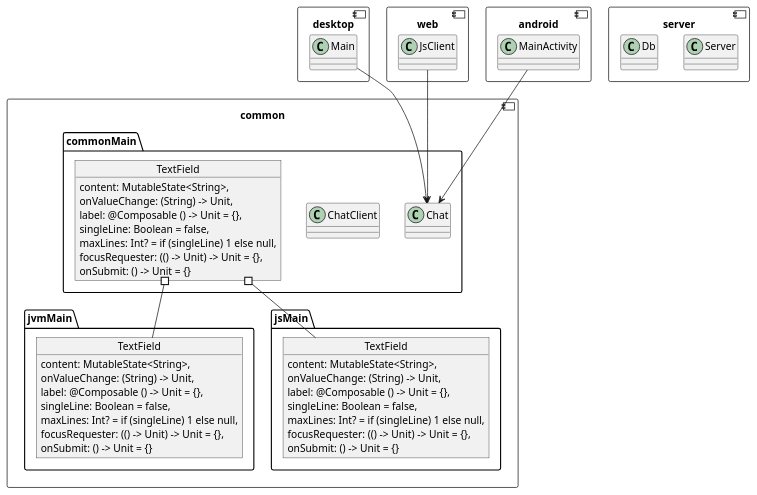
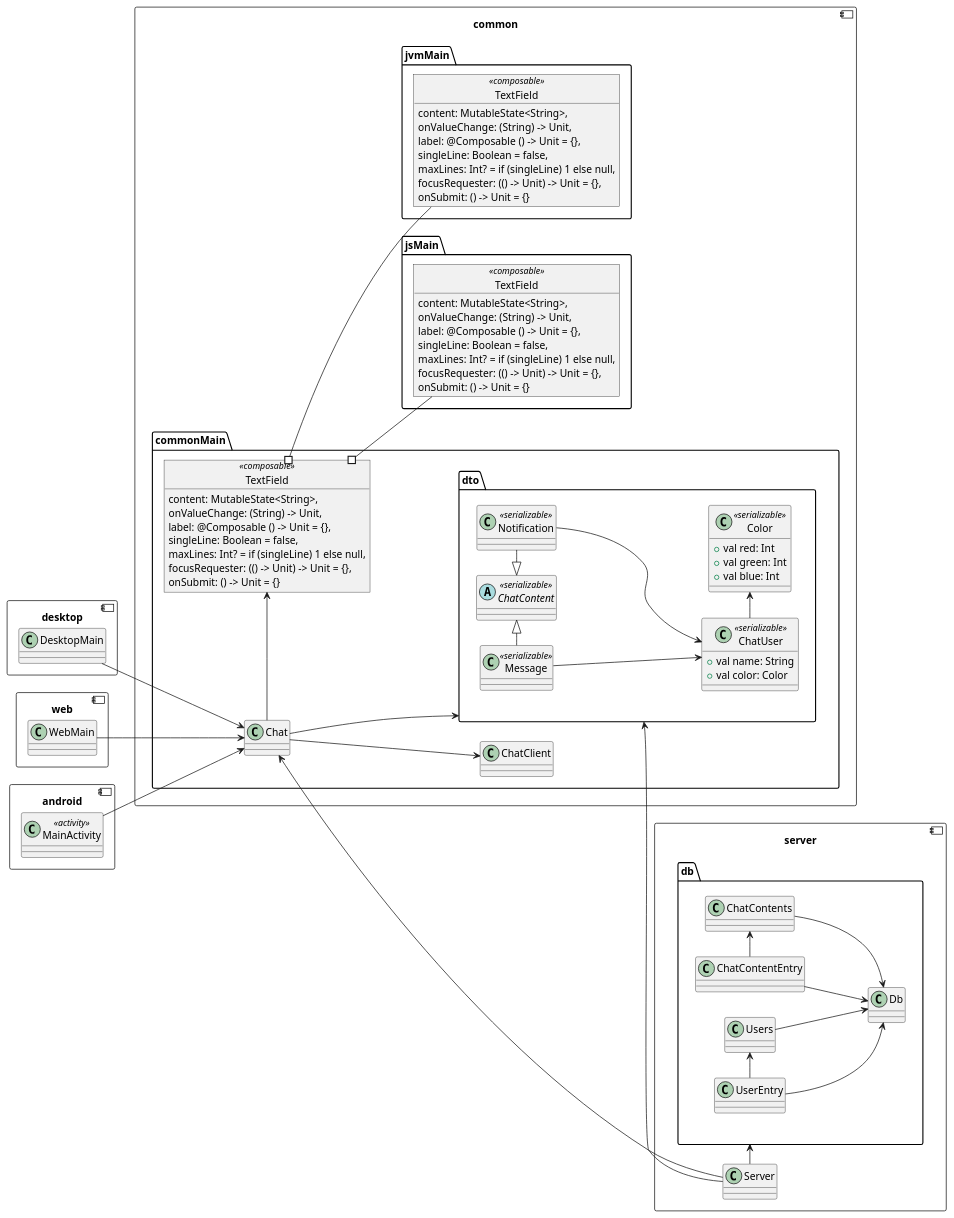
The diagram in doc/puml/Classes.puml (SaschaZ/KotlinMpChatDemo), drawn with PlantUML before and after one commit. The commit also changed 2 other files, not shown here.

```diff
--- a/doc/puml/Classes.puml
+++ b/doc/puml/Classes.puml
@@ -1,74 +1,115 @@
 @startuml
-'https://plantuml.com/class-diagram
+'https://plantuml.com/class-diagram 
+
+left to right direction
 
 component common {
 
+together {
     package jvmMain {
-        object "TextField" as JvmTextField {
+        object "TextField" as JvmTextField <<composable>> {
             content: MutableState<String>,
             onValueChange: (String) -> Unit,
             label: @Composable () -> Unit = {},
             singleLine: Boolean = false,
             maxLines: Int? = if (singleLine) 1 else null,
             focusRequester: (() -> Unit) -> Unit = {},
             onSubmit: () -> Unit = {}
         }
     }
     package jsMain {
-        object "TextField" as JsTextField {
+        object "TextField" as JsTextField <<composable>> {
             content: MutableState<String>,
             onValueChange: (String) -> Unit,
             label: @Composable () -> Unit = {},
             singleLine: Boolean = false,
             maxLines: Int? = if (singleLine) 1 else null,
             focusRequester: (() -> Unit) -> Unit = {},
             onSubmit: () -> Unit = {}
         }
     }
-
+}
     package commonMain {
 
         class Chat {
 
         }
 
         class ChatClient {
 
         }
 
-        object "TextField" as CommonTextField {
+        Chat --> ChatClient
+
+        object "TextField" as CommonTextField <<composable>> {
             content: MutableState<String>,
             onValueChange: (String) -> Unit,
             label: @Composable () -> Unit = {},
             singleLine: Boolean = false,
             maxLines: Int? = if (singleLine) 1 else null,
             focusRequester: (() -> Unit) -> Unit = {},
             onSubmit: () -> Unit = {}
         }
+
+        package dto {
+            abstract class ChatContent <<serializable>>
+            class Message <<serializable>>
+            class Notification <<serializable>>
+            Message -|> ChatContent
+            ChatContent <|- Notification
+            class ChatUser <<serializable>> {
+                +val name: String
+                +val color: Color
+            }
+            class Color <<serializable>> {
+                +val red: Int
+                +val green: Int
+                +val blue: Int
+            }
+            ChatUser -> Color
+            Message --> ChatUser
+            Notification --> ChatUser
+        }
+
+        Chat --> dto
+        Chat -> CommonTextField
     }
 
     CommonTextField #-- JvmTextField
     CommonTextField #-- JsTextField
 }
 
 component desktop {
-    class Main
-    Main --> Chat
+    class DesktopMain
+    DesktopMain --> Chat
 }
 
 component server {
     class Server
-    class Db
+
+    package db {
+        class Db
+        ChatContents --> Db
+        ChatContentEntry --> Db
+        ChatContentEntry -> ChatContents
+        Users --> Db
+        UserEntry --> Db
+        UserEntry -> Users
+    }
+
+    Server -> db
+    dto <-- Server
+    Chat <-- Server
 }
 
 component web {
-    class JsClient
-    JsClient --> Chat
+    class WebMain
+    WebMain --> Chat
 }
 
 component android {
-    class MainActivity
+    class MainActivity <<activity>>
     MainActivity --> Chat
 }
 
 @enduml
```
